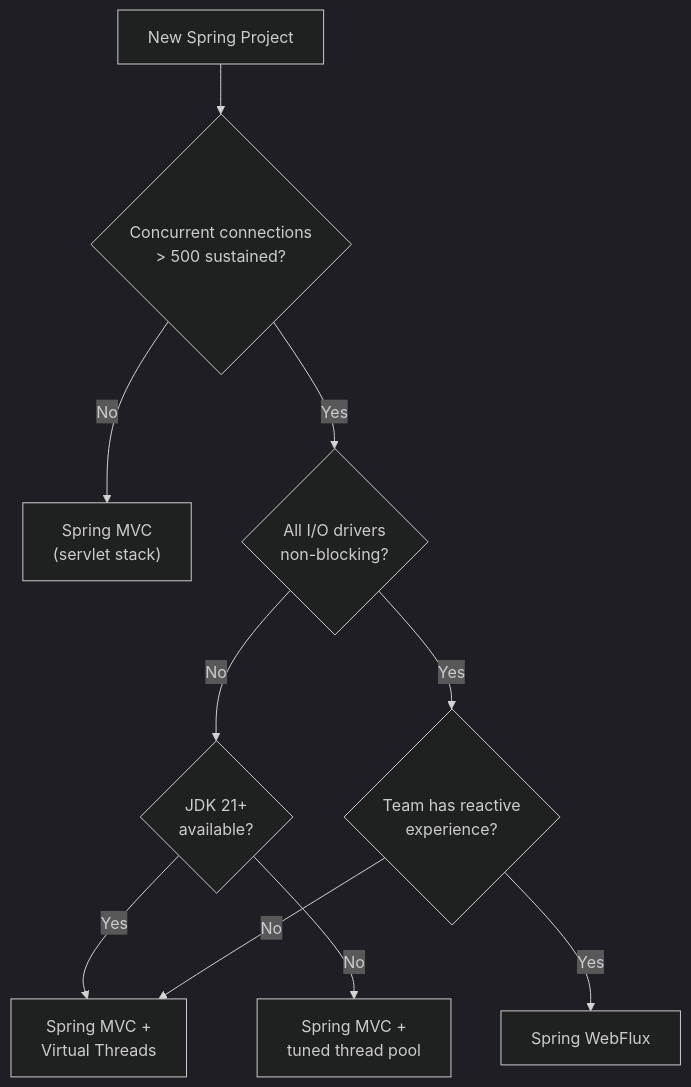
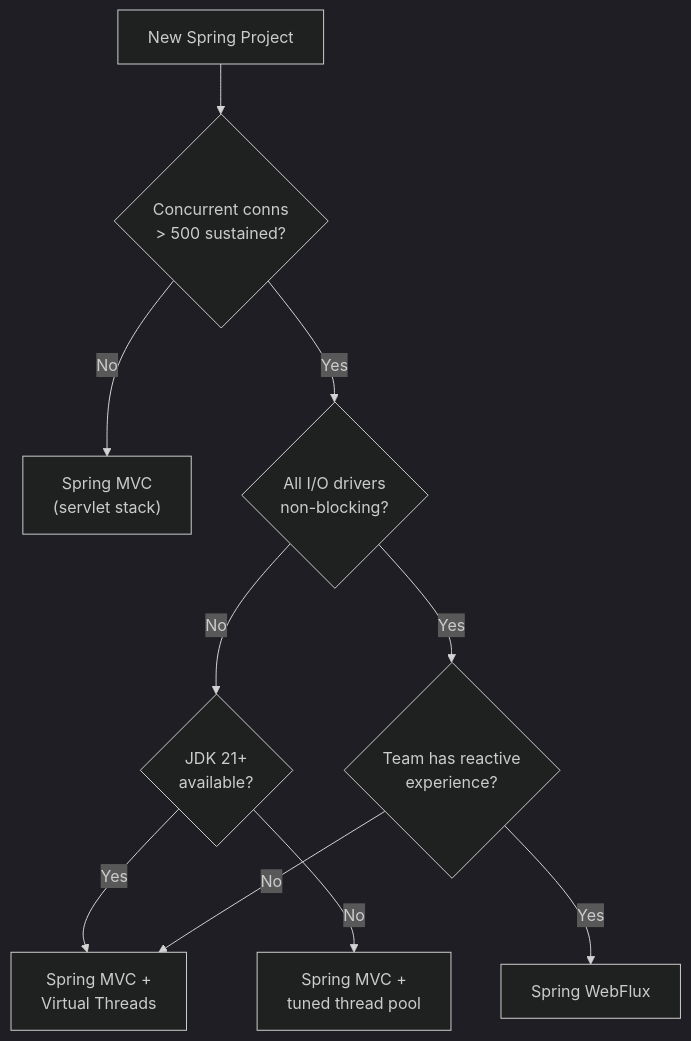
One commit to shivakrishnak/sk-bytes changed diagram 15 of 40 in learn/spring/Spring - Production and Cloud.md. Above: the diagram before and after it, drawn with Mermaid (dark theme). The commit also changed other lines of this file, not shown here.

Commit message:
fix: spring/production-cloud - resolve all validation errors

````diff
--- a/learn/spring/Spring - Production and Cloud.md
+++ b/learn/spring/Spring - Production and Cloud.md
@@ -2145,12 +2147,13 @@
 ```mermaid
 flowchart TD
-    A["New Spring Project"] --> B{"Concurrent connections\n> 500 sustained?"}
+    A["New Spring Project"]
+    A --> B{"Concurrent conns\n> 500 sustained?"}
     B -->|No| C["Spring MVC\n(servlet stack)"]
     B -->|Yes| D{"All I/O drivers\nnon-blocking?"}
     D -->|No| E{"JDK 21+\navailable?"}
     D -->|Yes| F{"Team has reactive\nexperience?"}
     E -->|Yes| G["Spring MVC +\nVirtual Threads"]
     E -->|No| H["Spring MVC +\ntuned thread pool"]
     F -->|Yes| I["Spring WebFlux"]
     F -->|No| G
 ```
````
